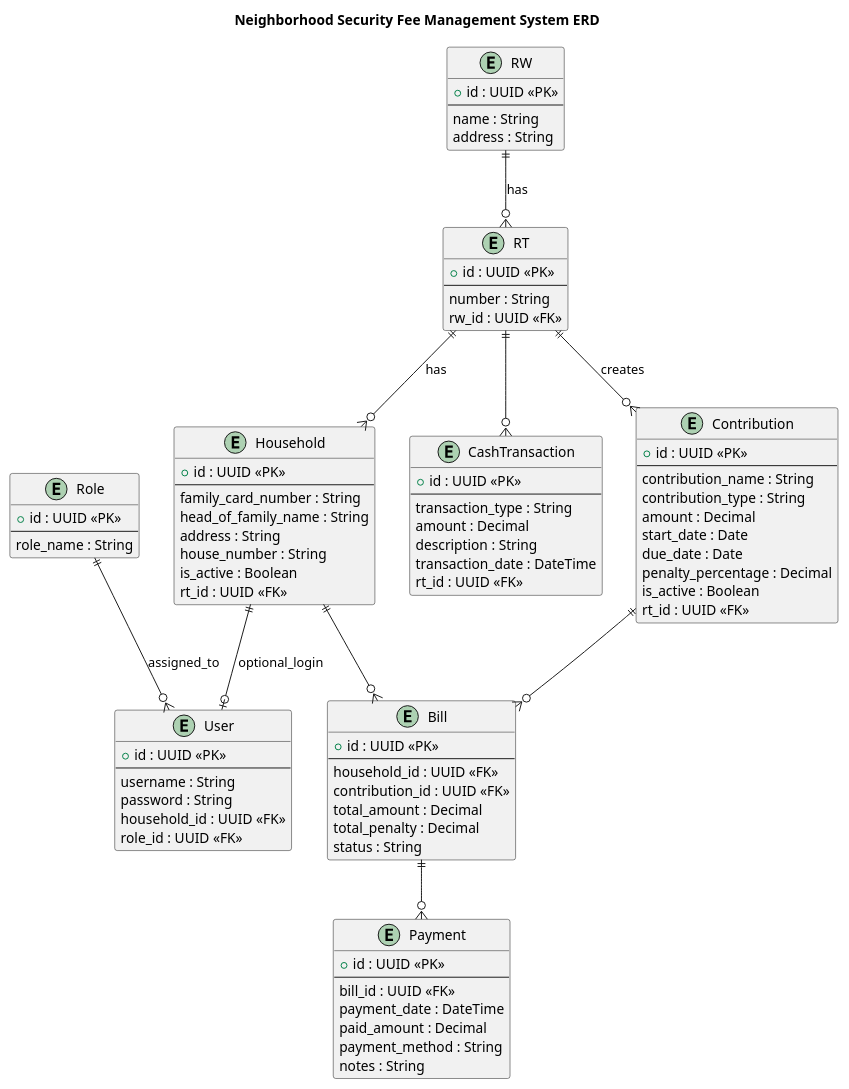
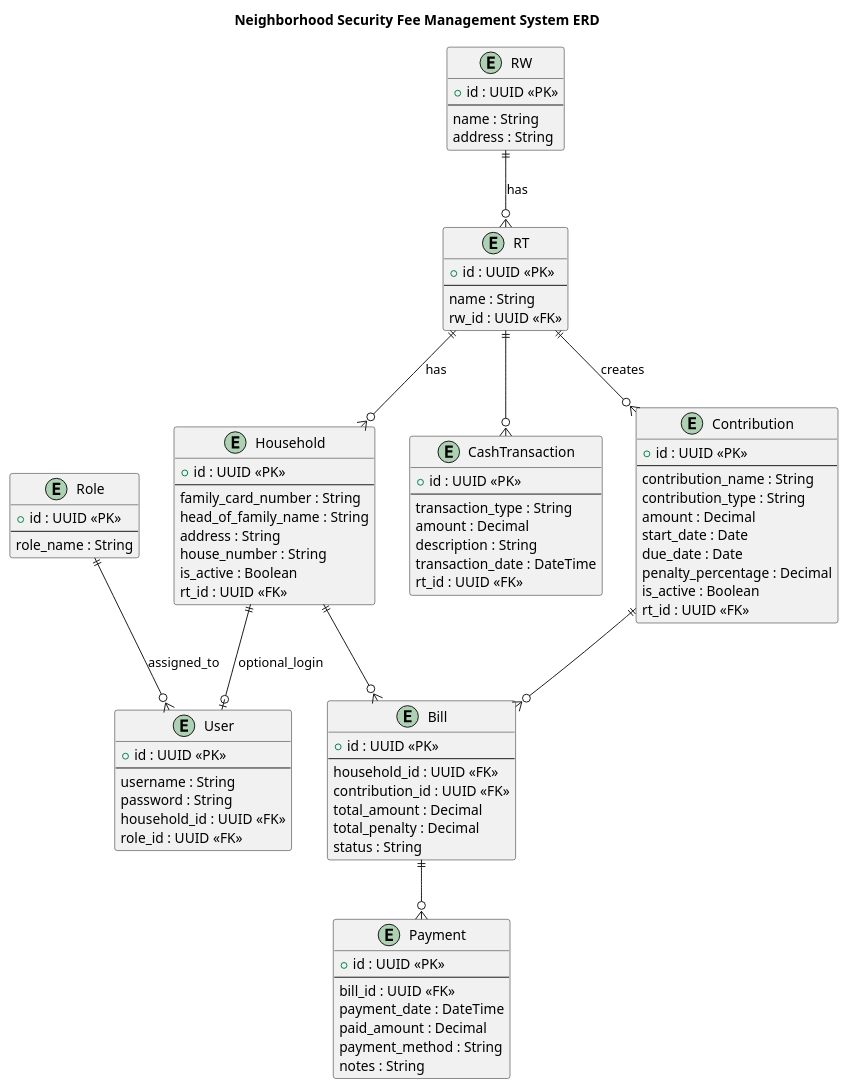
Before and after one commit to daniimdadur/spring-elurah: the diagram in docs/db/example-2.puml, drawn with PlantUML. The commit also changed 23 other files, not shown here.

```diff
--- a/docs/db/example-2.puml
+++ b/docs/db/example-2.puml
@@ -1,131 +1,131 @@
 @startuml
 title Neighborhood Security Fee Management System ERD
 
 ' ========================
 ' REGION MASTER
 ' ========================
 
 entity RW {
   +id : UUID <<PK>>
   --
   name : String
   address : String
 }
 
 entity RT {
   +id : UUID <<PK>>
   --
-  number : String
+  name : String
   rw_id : UUID <<FK>>
 }
 
 RW ||--o{ RT : has
 
 ' ========================
 ' HOUSEHOLD
 ' ========================
 
 entity Household {
   +id : UUID <<PK>>
   --
   family_card_number : String
   head_of_family_name : String
   address : String
   house_number : String
   is_active : Boolean
   rt_id : UUID <<FK>>
 }
 
 RT ||--o{ Household : has
 
 ' ========================
 ' USER & ROLE
 ' ========================
 
 entity Role {
   +id : UUID <<PK>>
   --
   role_name : String
 }
 
 entity User {
   +id : UUID <<PK>>
   --
   username : String
   password : String
   household_id : UUID <<FK>>
   role_id : UUID <<FK>>
 }
 
 Role ||--o{ User : assigned_to
 Household ||--o| User : optional_login
 
 ' ========================
 ' CONTRIBUTION
 ' ========================
 
 entity Contribution {
   +id : UUID <<PK>>
   --
   contribution_name : String
   contribution_type : String
   amount : Decimal
   start_date : Date
   due_date : Date
   penalty_percentage : Decimal
   is_active : Boolean
   rt_id : UUID <<FK>>
 }
 
 RT ||--o{ Contribution : creates
 
 ' ========================
 ' BILL (GENERATED PER HOUSEHOLD)
 ' ========================
 
 entity Bill {
   +id : UUID <<PK>>
   --
   household_id : UUID <<FK>>
   contribution_id : UUID <<FK>>
   total_amount : Decimal
   total_penalty : Decimal
   status : String
 }
 
 Household ||--o{ Bill
 Contribution ||--o{ Bill
 
 ' ========================
 ' PAYMENT
 ' ========================
 
 entity Payment {
   +id : UUID <<PK>>
   --
   bill_id : UUID <<FK>>
   payment_date : DateTime
   paid_amount : Decimal
   payment_method : String
   notes : String
 }
 
 Bill ||--o{ Payment
 
 ' ========================
 ' CASH TRANSACTION
 ' ========================
 
 entity CashTransaction {
   +id : UUID <<PK>>
   --
   transaction_type : String
   amount : Decimal
   description : String
   transaction_date : DateTime
   rt_id : UUID <<FK>>
 }
 
 RT ||--o{ CashTransaction
 
 @enduml
```
